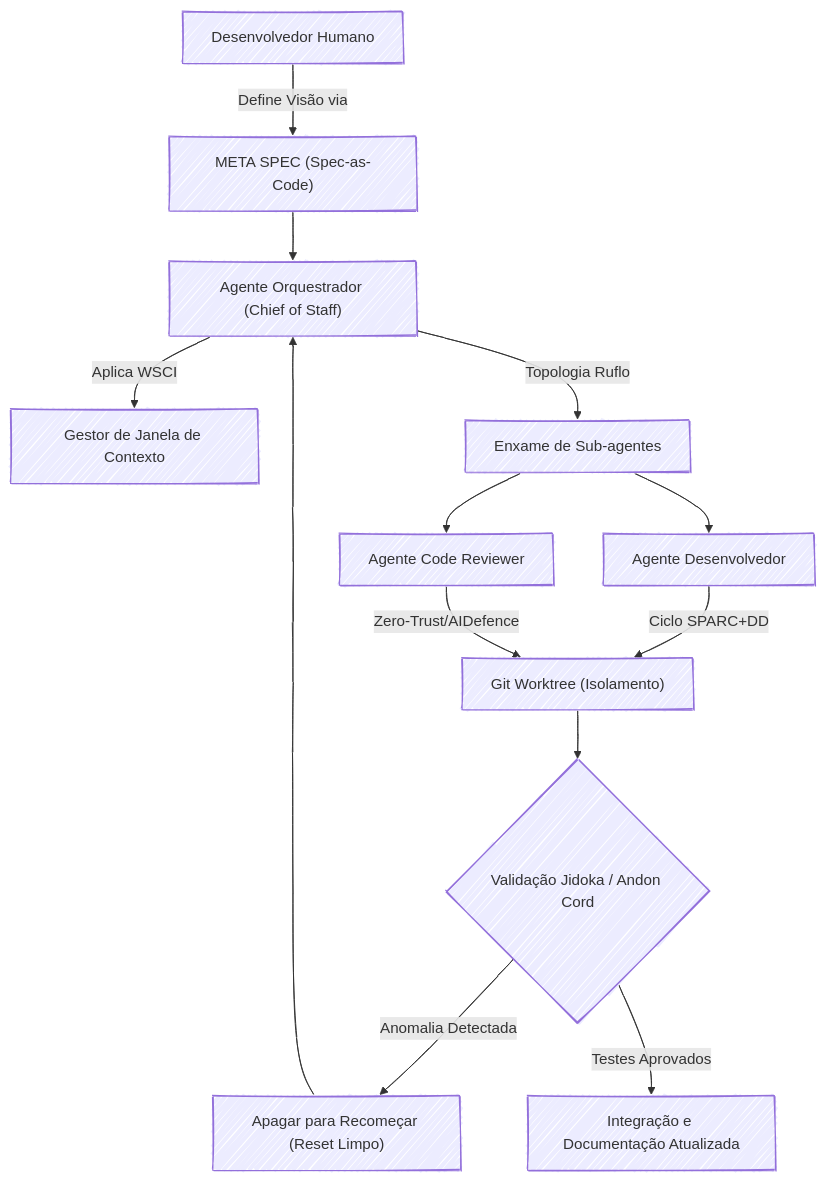
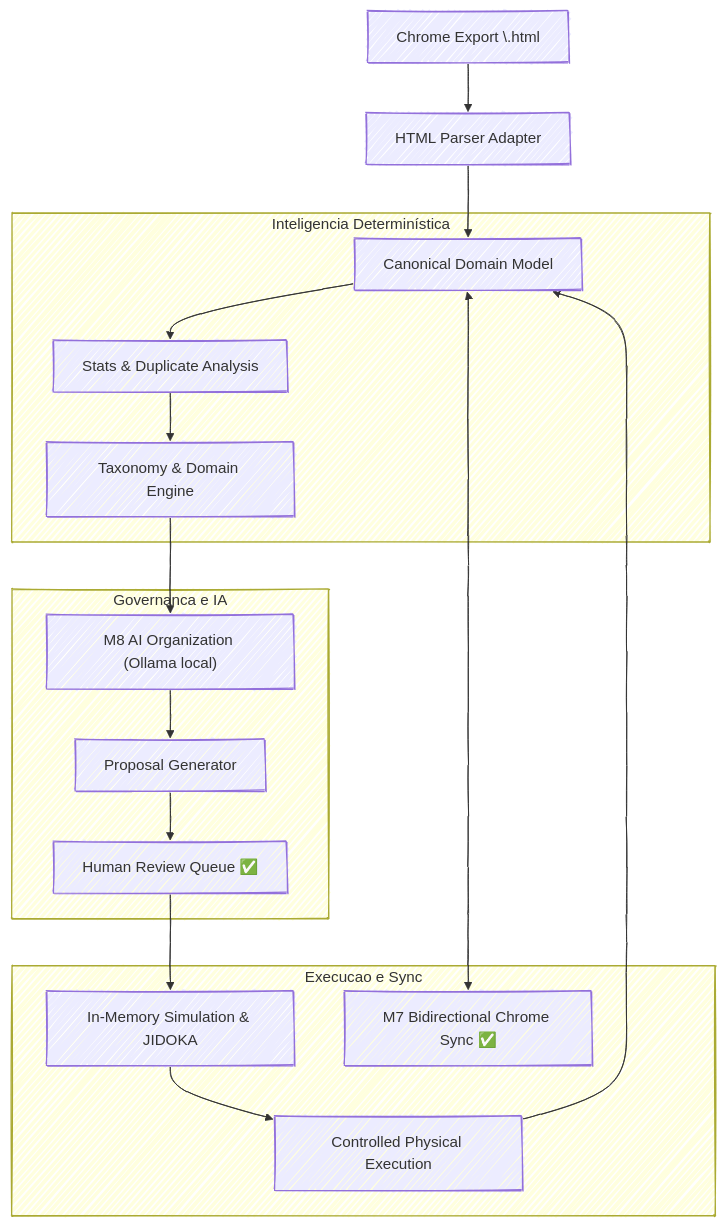
Before and after one commit to lfrichter/ask-richter: diagram 11 of 14 in apps/backend/src/knowledge-base/PoC-Challenges-SideProjects-Consolidated.md, drawn with Mermaid. The commit also changed other lines of this file and 3 other files, not shown here.

````diff
--- a/apps/backend/src/knowledge-base/PoC-Challenges-SideProjects-Consolidated.md
+++ b/apps/backend/src/knowledge-base/PoC-Challenges-SideProjects-Consolidated.md
@@ -954,24 +1164,30 @@
 ```mermaid
 ---
 config:
   theme: default
   look: handDrawn
 ---
-graph TD
-    A["Desenvolvedor Humano"] -->|Define Visão via| B["META SPEC (Spec-as-Code)"]
-    B --> C["Agente Orquestrador (Chief of Staff)"]
-    C -->|Aplica WSCI| D["Gestor de Janela de Contexto"]
-    C -->|Topologia Ruflo| E["Enxame de Sub-agentes"]
+%%{init: {'sequence': {'messageFontMaxSize': 14, 'wrap': true, 'diagramWidth': 600}}}%%
+flowchart TD
+    A["Chrome Export \.html"] --> B["HTML Parser Adapter"]
+    B --> C["Canonical Domain Model"]
     
-    E --> F["Agente Desenvolvedor"]
-    E --> G["Agente Code Reviewer"]
+    subgraph Inteligencia Determinística
+        C --> D["Stats & Duplicate Analysis"]
+        D --> E["Taxonomy & Domain Engine"]
+    end
     
-    F -->|Ciclo SPARC+DD| H["Git Worktree (Isolamento)"]
-    G -->|Zero-Trust/AIDefence| H
+    subgraph Governanca e IA
+        E --> F["M8 AI Organization (Ollama local)"]
+        F --> G["Proposal Generator"]
+        G --> H["Human Review Queue ✅"]
+    end
     
-    H --> I{"Validação Jidoka / Andon Cord"}
-    I -- "Anomalia Detectada" --> J["Apagar para Recomeçar (Reset Limpo)"]
-    J --> C
-    I -- "Testes Aprovados" --> K["Integração e Documentação Atualizada"]
+    subgraph Execucao e Sync
+        H --> I["In-Memory Simulation & JIDOKA"]
+        I --> J["Controlled Physical Execution"]
+        J --> C
+        C <--> K["M7 Bidirectional Chrome Sync ✅"]
+    end
 
 ```
````
